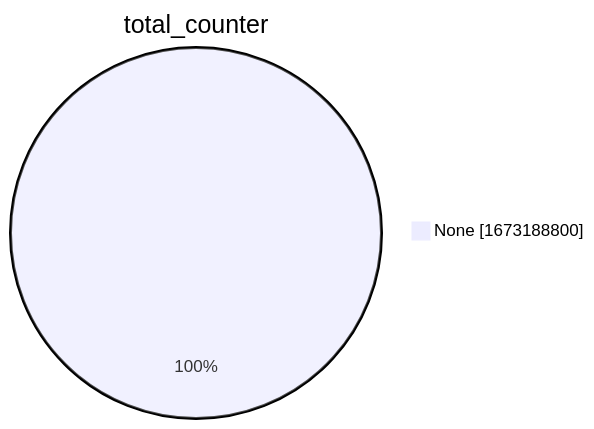
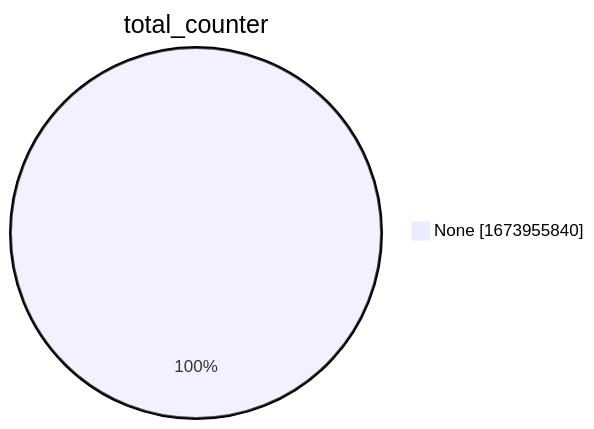
The second of 15 diagrams in xenon2022/README.md (christiankrug/ctmonitor_visualization), drawn with Mermaid before and after one commit. The commit also changed other lines of this file, not shown here.

````diff
--- a/xenon2022/README.md
+++ b/xenon2022/README.md
@@ -9,5 +9,5 @@
 ```mermaid
 pie showData
 title total_counter
-"None" :1673188800
+"None" :1673955840
 ```
````
